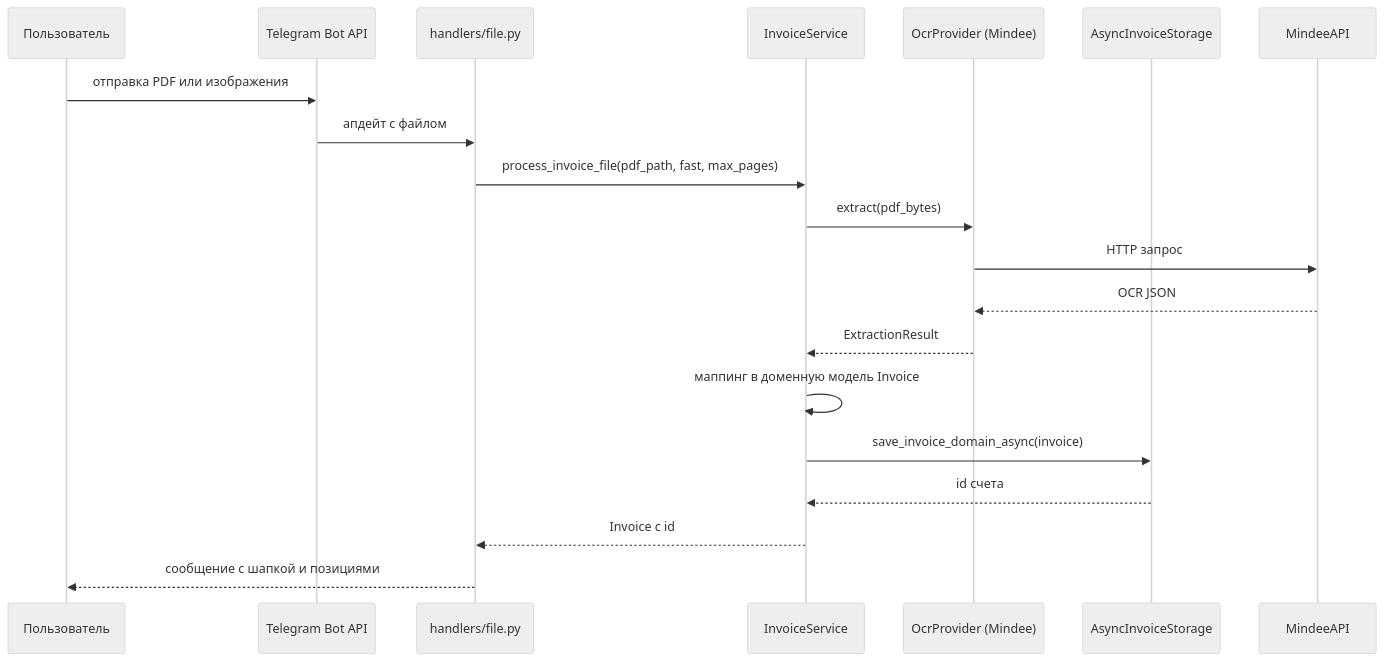
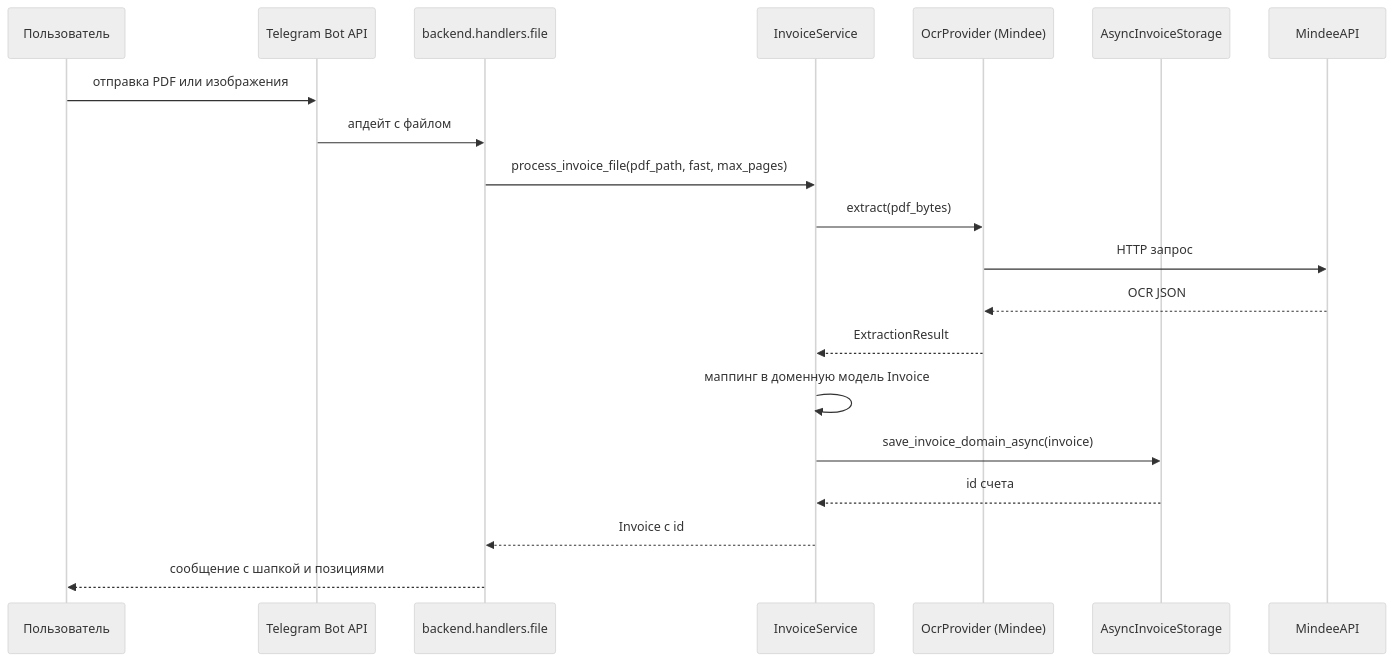
One commit to AmaLS367/InvoiceFlowBot changed the second of 2 diagrams in docs/ru/architecture.md. Above: the diagram before and after it, drawn with Mermaid (neutral theme). The commit also changed other lines of this file and 1 other file, not shown here.

Commit message:
docs: update Russian documentation to reflect backend/ structure

````diff
--- a/docs/ru/architecture.md
+++ b/docs/ru/architecture.md
@@ -66,22 +66,22 @@
 ```mermaid
 sequenceDiagram
     participant User as Пользователь
     participant TG as Telegram Bot API
-    participant H as handlers/file.py
+    participant H as backend.handlers.file
     participant S as InvoiceService
     participant O as OcrProvider (Mindee)
     participant ST as AsyncInvoiceStorage
 
     User->>TG: отправка PDF или изображения
     TG->>H: апдейт с файлом
     H->>S: process_invoice_file(pdf_path, fast, max_pages)
     S->>O: extract(pdf_bytes)
     O->>MindeeAPI: HTTP запрос
     MindeeAPI-->>O: OCR JSON
     O-->>S: ExtractionResult
     S->>S: маппинг в доменную модель Invoice
     S->>ST: save_invoice_domain_async(invoice)
     ST-->>S: id счета
     S-->>H: Invoice с id
     H-->>User: сообщение с шапкой и позициями
 ```
````
